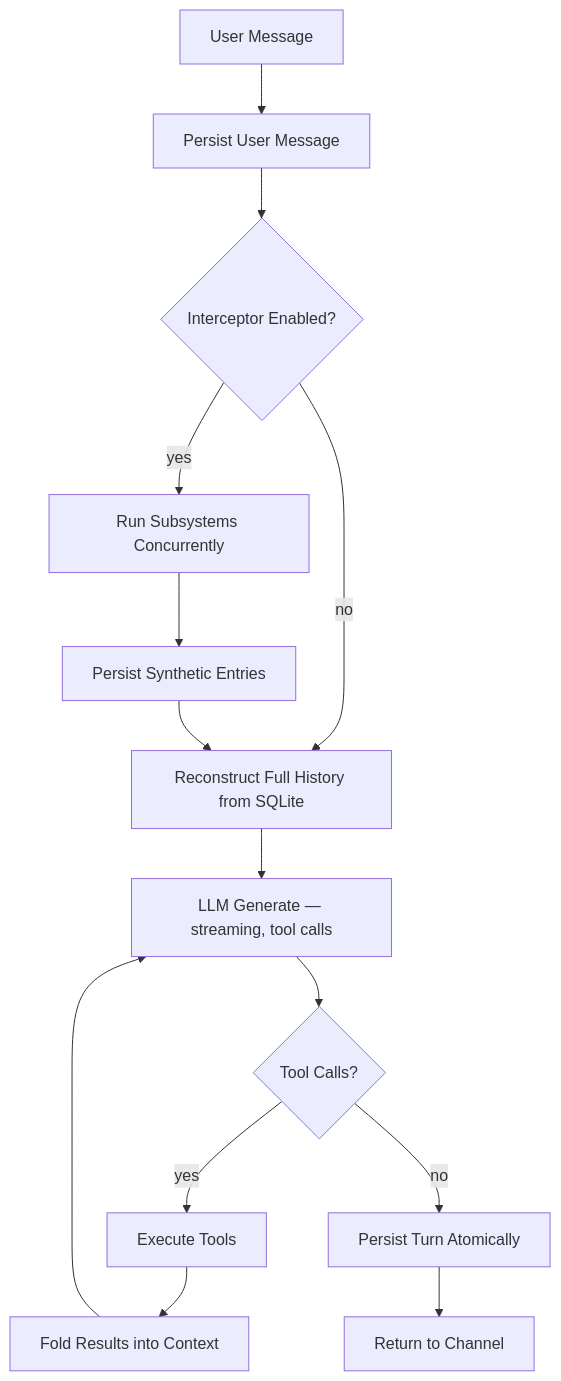
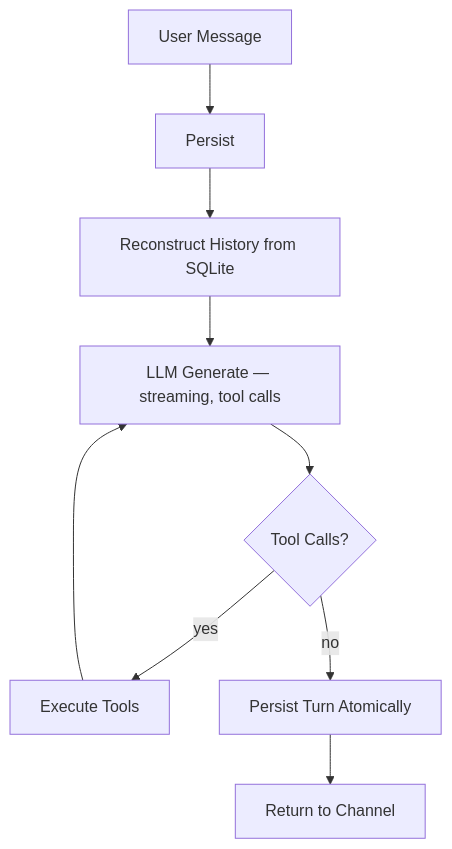
Before and after one commit to Anonyfox/ghostpaw: the first of 2 diagrams in v0/docs/HARNESS.md, drawn with Mermaid. The commit also changed other lines of this file and 29 other files, not shown here.

````diff
--- a/v0/docs/HARNESS.md
+++ b/v0/docs/HARNESS.md
@@ -17,16 +15,11 @@
 ```mermaid
 graph TD
-    A[User Message] --> B[Persist User Message]
-    B --> C{Interceptor Enabled?}
-    C -- no --> F
-    C -- yes --> D[Run Subsystems Concurrently]
-    D --> E[Persist Synthetic Entries]
-    E --> F[Reconstruct Full History from SQLite]
-    F --> G[LLM Generate — streaming, tool calls]
-    G --> H{Tool Calls?}
-    H -- yes --> I[Execute Tools]
-    I --> J[Fold Results into Context]
-    J --> G
-    H -- no --> K[Persist Turn Atomically]
-    K --> L[Return to Channel]
+    A[User Message] --> B[Persist]
+    B --> C[Reconstruct History from SQLite]
+    C --> D[LLM Generate — streaming, tool calls]
+    D --> E{Tool Calls?}
+    E -- yes --> F[Execute Tools]
+    F --> D
+    E -- no --> G[Persist Turn Atomically]
+    G --> H[Return to Channel]
 ```
````
